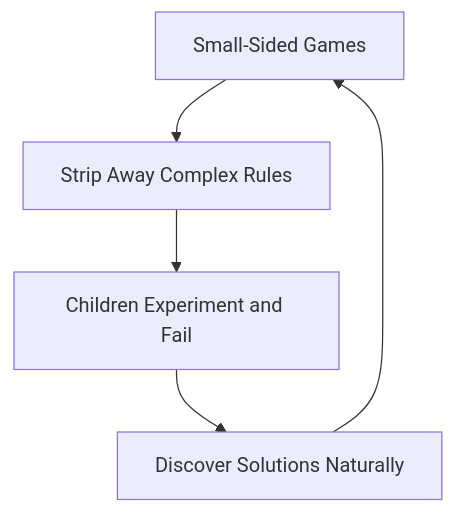
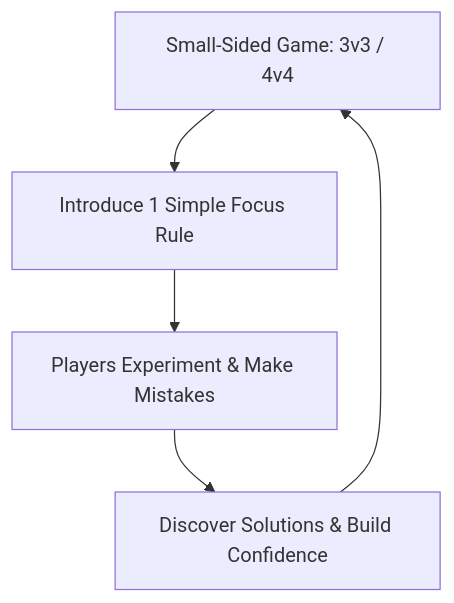
Before and after one commit to charlesjnichols/keeper-academy: the diagram in src/content/docs/ages-6-9/04-emotional-safety.mdx, drawn with Mermaid. The commit also changed other lines of this file and 50 other files, not shown here.

````diff
--- a/src/content/docs/ages-6-9/04-emotional-safety.mdx
+++ b/src/content/docs/ages-6-9/04-emotional-safety.mdx
@@ -24,7 +46,7 @@
 ```mermaid
-flowchart TD
-    A[Small-Sided Games] --> B[Strip Away Complex Rules]
-    B --> D[Children Experiment and Fail]
-    D --> E[Discover Solutions Naturally]
-    E --> A
+graph TD
+    A[Small-Sided Game: 3v3 / 4v4] --> B[Introduce 1 Simple Focus Rule]
+    B --> C[Players Experiment & Make Mistakes]
+    C --> D[Discover Solutions & Build Confidence]
+    D --> A
 ```
````
